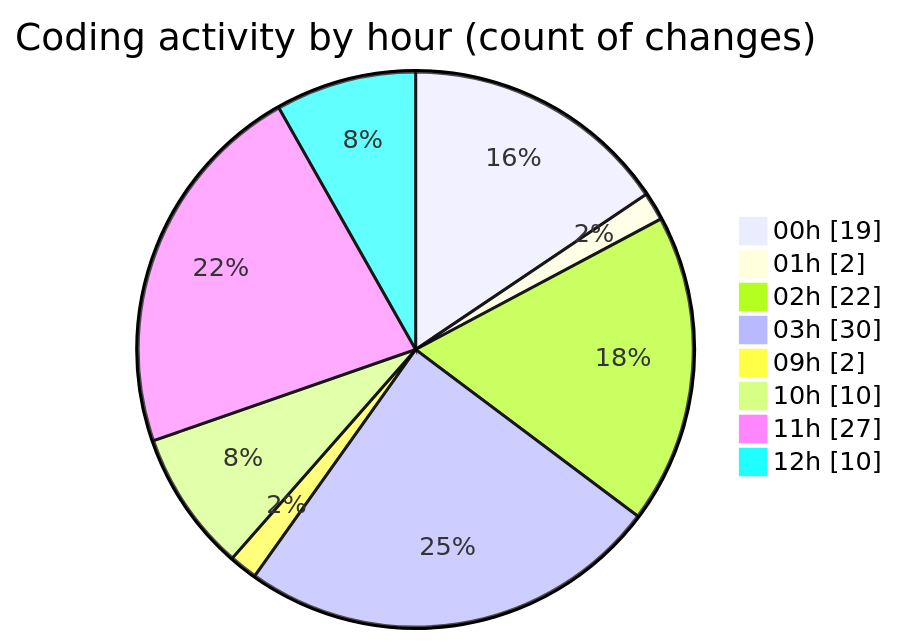
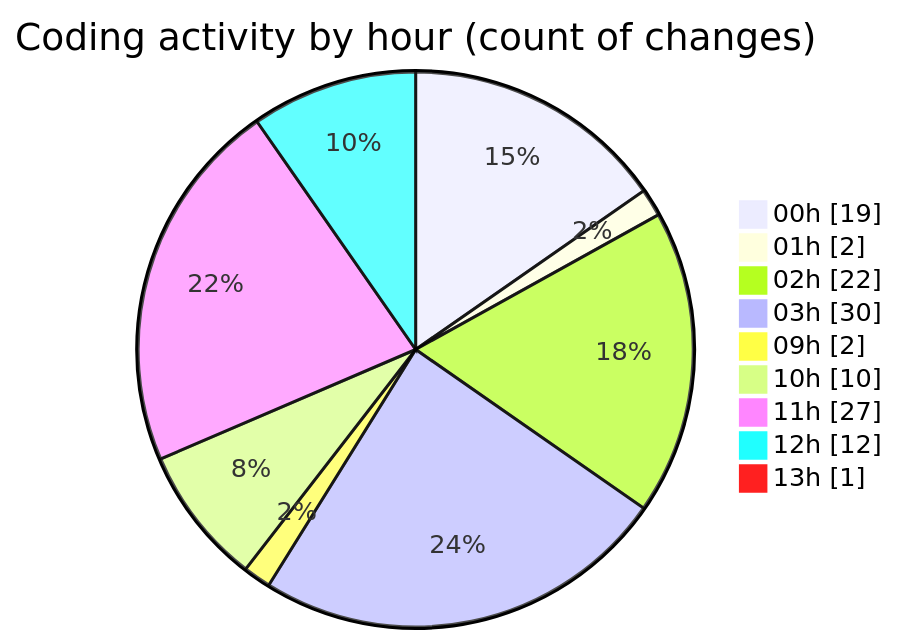
Before and after one commit to julien-gomy/code-tracking: the second of 2 diagrams in 2025-10-21/eventscop-frontend-guide__workspace_/README.md, drawn with Mermaid. The commit also changed other lines of this file and 1 other file, not shown here.

````diff
--- a/2025-10-21/eventscop-frontend-guide__workspace_/README.md
+++ b/2025-10-21/eventscop-frontend-guide__workspace_/README.md
@@ -54,12 +54,13 @@
 ```mermaid
 pie showData
 title Coding activity by hour (count of changes)
 "00h" : 19
 "01h" : 2
 "02h" : 22
 "03h" : 30
 "09h" : 2
 "10h" : 10
 "11h" : 27
-"12h" : 10
+"12h" : 12
+"13h" : 1
 ```
````
